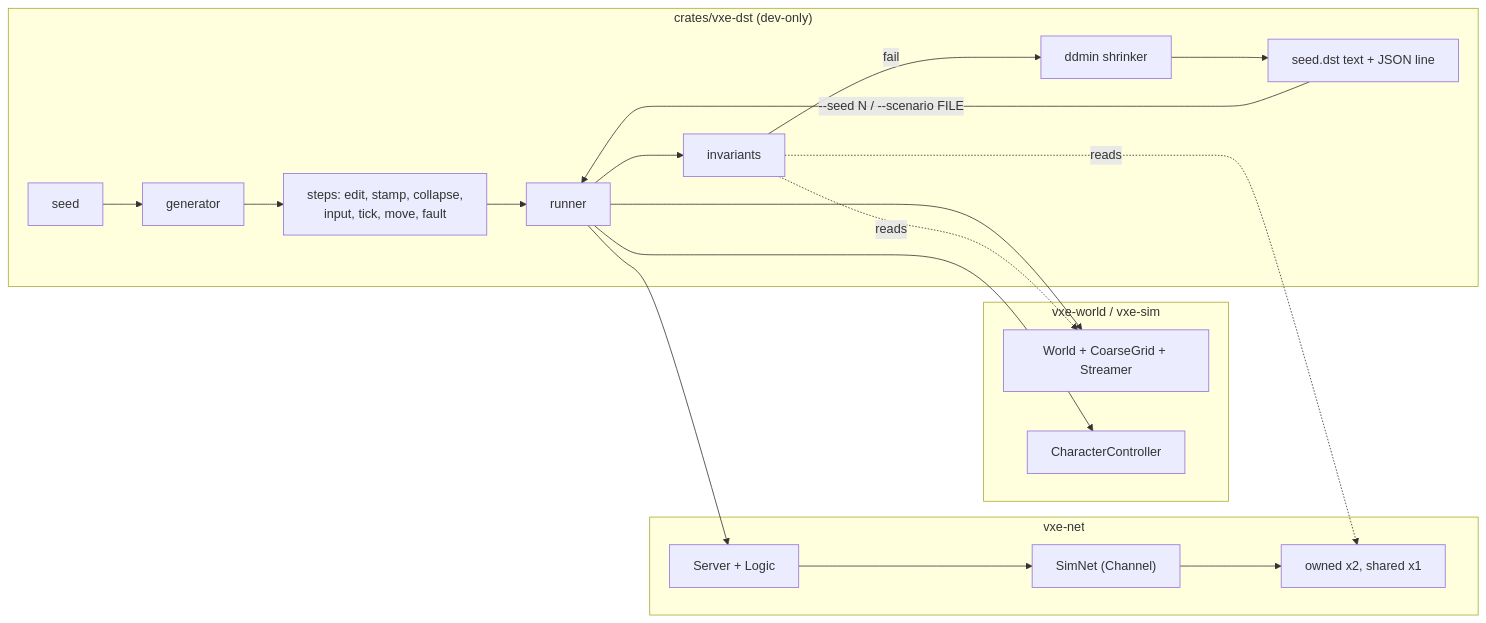
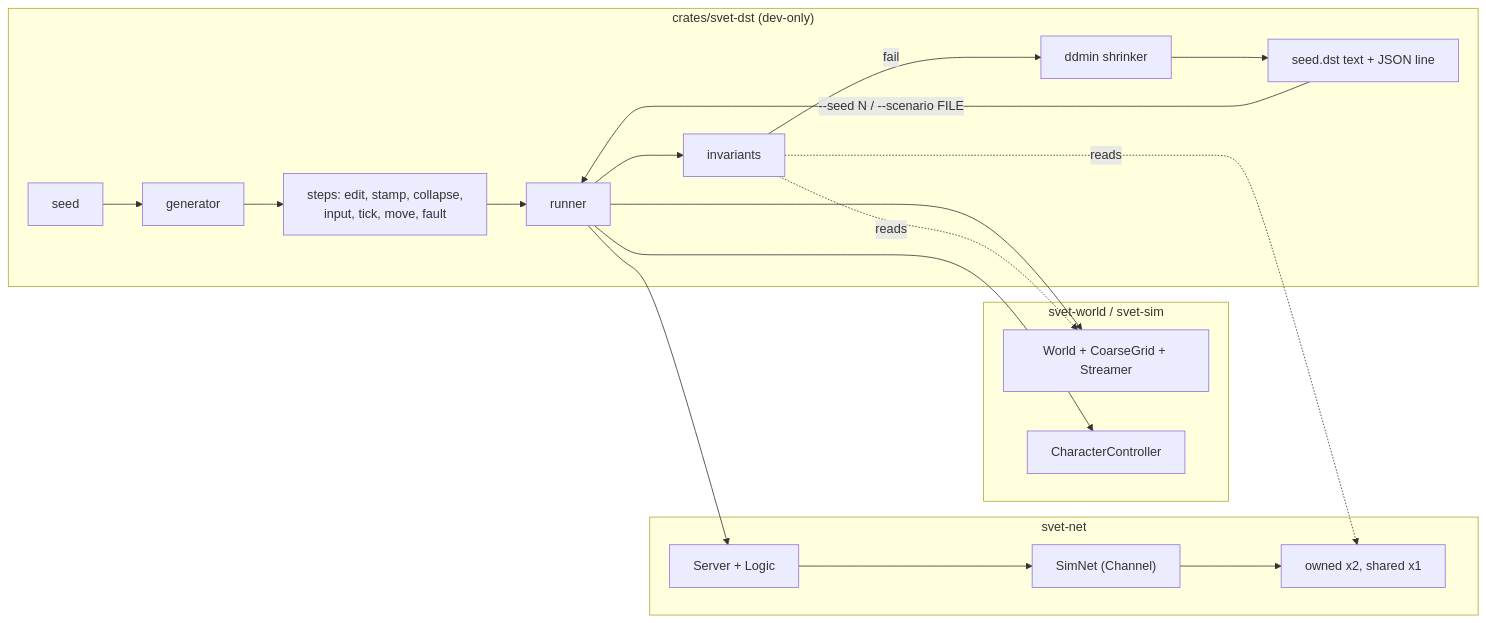
Before and after one commit to IgorKonovalov/voxel-engine: the diagram in docs/plans/0089-deterministic-simulation-testing-seeded-scenarios-a-simulated-channel-a-mirror-oracle-and-gates.md, drawn with Mermaid. The commit also changed other lines of this file and 53 other files, not shown here.

````diff
--- a/docs/plans/0089-deterministic-simulation-testing-seeded-scenarios-a-simulated-channel-a-mirror-oracle-and-gates.md
+++ b/docs/plans/0089-deterministic-simulation-testing-seeded-scenarios-a-simulated-channel-a-mirror-oracle-and-gates.md
@@ -102,27 +102,27 @@
 ```mermaid
 flowchart LR
-    subgraph dst["crates/vxe-dst (dev-only)"]
+    subgraph dst["crates/svet-dst (dev-only)"]
         S[seed] --> G[generator]
         G --> ST["steps: edit, stamp, collapse,\ninput, tick, move, fault"]
         ST --> R[runner]
         R --> I[invariants]
         I -->|fail| SH[ddmin shrinker]
         SH --> OUT["seed.dst text + JSON line"]
     end
-    subgraph world["vxe-world / vxe-sim"]
+    subgraph world["svet-world / svet-sim"]
         W[World + CoarseGrid + Streamer]
         C[CharacterController]
     end
-    subgraph net["vxe-net"]
+    subgraph net["svet-net"]
         SV[Server + Logic]
         SN["SimNet (Channel)"]
         CL["owned x2, shared x1"]
     end
     R --> W
     R --> C
     R --> SV
     SV --> SN --> CL
     I -.reads.-> W
     I -.reads.-> CL
     OUT -->|"--seed N / --scenario FILE"| R
 ```
````
